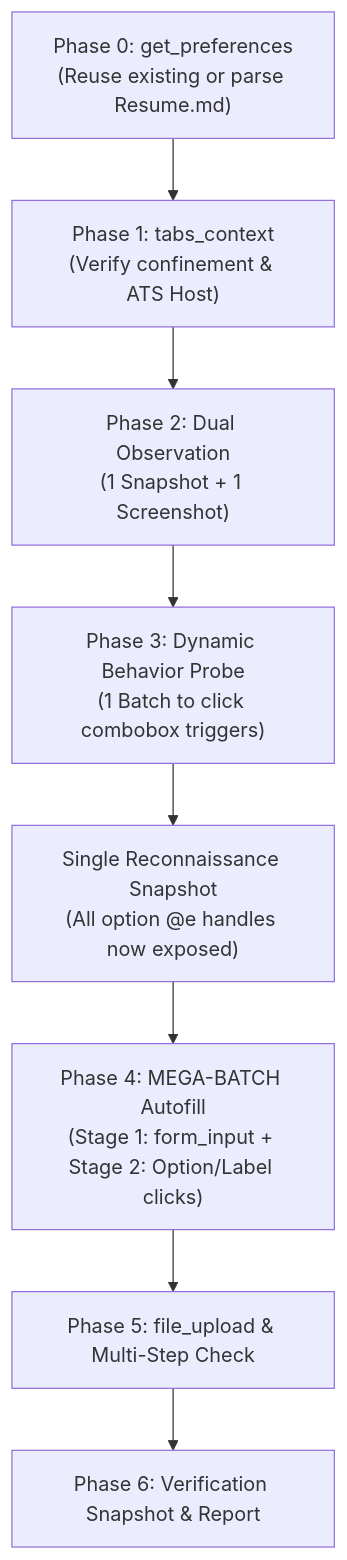
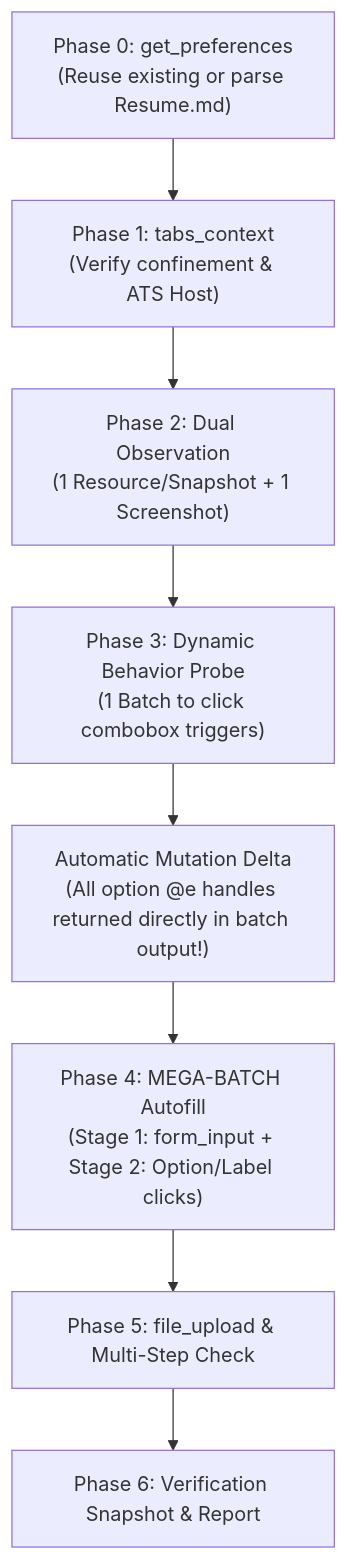
One commit to fschatbot/Resumate changed the diagram in .agents/skills/autoresume-job-autofill/SKILL.md. Above: the diagram before and after it, drawn with Mermaid. The commit also changed other lines of this file and 7 other files, not shown here.

````diff
--- a/.agents/skills/autoresume-job-autofill/SKILL.md
+++ b/.agents/skills/autoresume-job-autofill/SKILL.md
@@ -47,10 +48,10 @@
 ```mermaid
 flowchart TD
     A["Phase 0: get_preferences<br/>(Reuse existing or parse Resume.md)"] --> B["Phase 1: tabs_context<br/>(Verify confinement & ATS Host)"]
-    B --> C["Phase 2: Dual Observation<br/>(1 Snapshot + 1 Screenshot)"]
+    B --> C["Phase 2: Dual Observation<br/>(1 Resource/Snapshot + 1 Screenshot)"]
     C --> D["Phase 3: Dynamic Behavior Probe<br/>(1 Batch to click combobox triggers)"]
-    D --> E["Single Reconnaissance Snapshot<br/>(All option @e handles now exposed)"]
+    D --> E["Automatic Mutation Delta<br/>(All option @e handles returned directly in batch output!)"]
     E --> F["Phase 4: MEGA-BATCH Autofill<br/>(Stage 1: form_input + Stage 2: Option/Label clicks)"]
     F --> G["Phase 5: file_upload & Multi-Step Check"]
     G --> H["Phase 6: Verification Snapshot & Report"]
 ```
````
